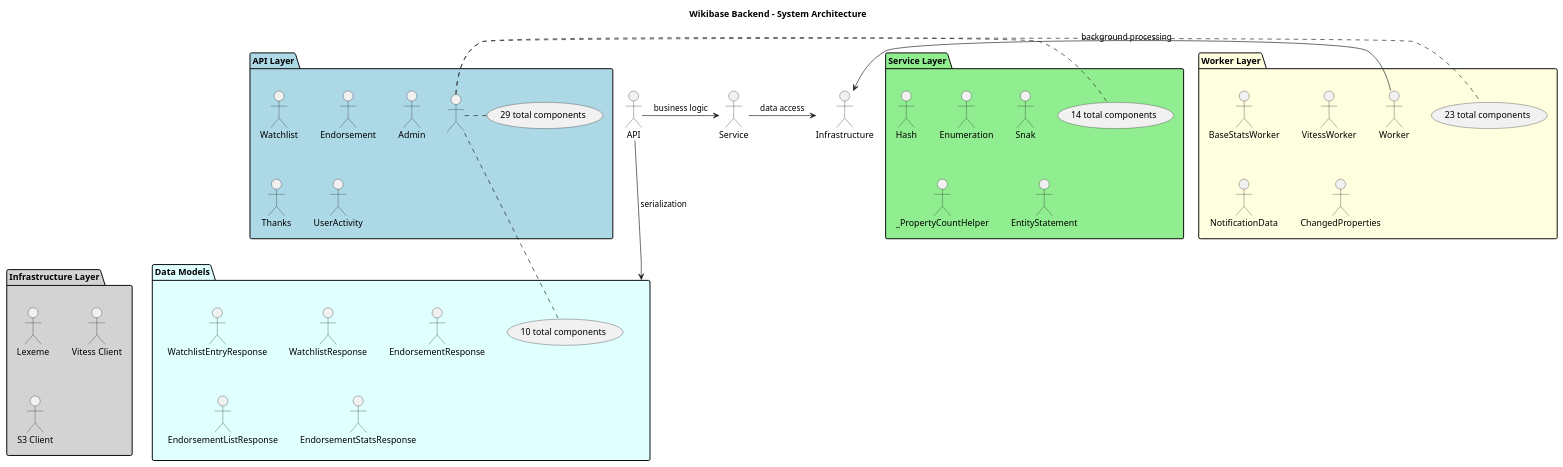
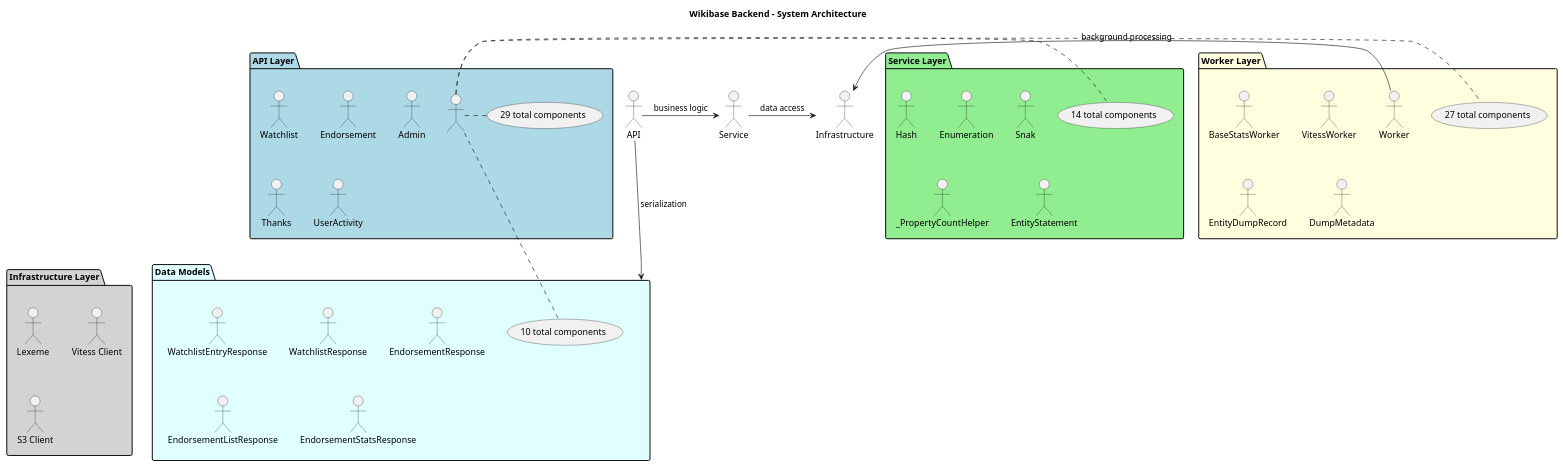
One commit to dpriskorn/entitybase-backend changed the diagram in doc/DIAGRAMS/system_architecture.puml. Above: the diagram before and after it, drawn with PlantUML. The commit also changed 16 other files, not shown here.

```diff
--- a/doc/DIAGRAMS/system_architecture.puml
+++ b/doc/DIAGRAMS/system_architecture.puml
@@ -1,54 +1,54 @@
 @startuml System Architecture
 
 title Wikibase Backend - System Architecture
 
 package "API Layer" as APILayer #LightBlue {
     "Watchlist" as WatchlistHandler
     "Endorsement" as EndorsementHandler
     "Admin" as AdminHandler
     "Thanks" as ThanksHandler
     "UserActivity" as UserActivityHandler
     ... (29 total components)
 }
 
 package "Service Layer" as ServiceLayer #LightGreen {
     "Hash" as HashService
     "Enumeration" as EnumerationService
     "Snak" as SnakHandler
     "_PropertyCountHelper" as _PropertyCountHelper
     "EntityStatement" as EntityStatementService
     ... (14 total components)
 }
 
 package "Worker Layer" as WorkerLayer #LightYellow {
     "BaseStatsWorker" as BaseStatsWorker
     "VitessWorker" as VitessWorker
     "Worker" as Worker
-    "NotificationData" as NotificationData
-    "ChangedProperties" as ChangedProperties
-    ... (23 total components)
+    "EntityDumpRecord" as EntityDumpRecord
+    "DumpMetadata" as DumpMetadata
+    ... (27 total components)
 }
 
 package "Infrastructure Layer" as InfrastructureLayer #LightGray {
     "Lexeme" as LexemeRepository
     "Vitess Client" as Vitess_Client
     "S3 Client" as S3_Client
 }
 
 package "Data Models" as DataModels #LightCyan {
     "WatchlistEntryResponse" as WatchlistEntryResponse
     "WatchlistResponse" as WatchlistResponse
     "EndorsementResponse" as EndorsementResponse
     "EndorsementListResponse" as EndorsementListResponse
     "EndorsementStatsResponse" as EndorsementStatsResponse
     ... (10 total components)
 }
 
 
 ' Relationships
 API -> Service : business logic
 Service -> Infrastructure : data access
 Worker -> Infrastructure : background processing
 API -> DataModels : serialization
 
 @enduml
```
